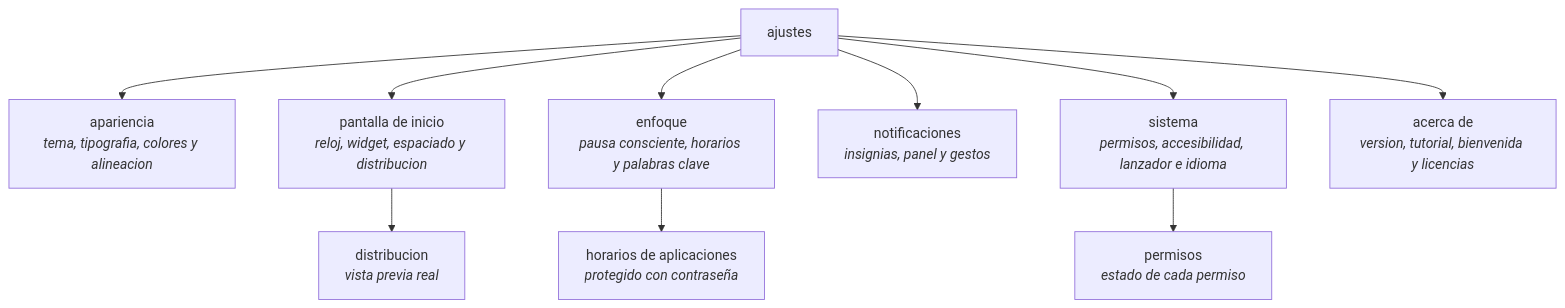
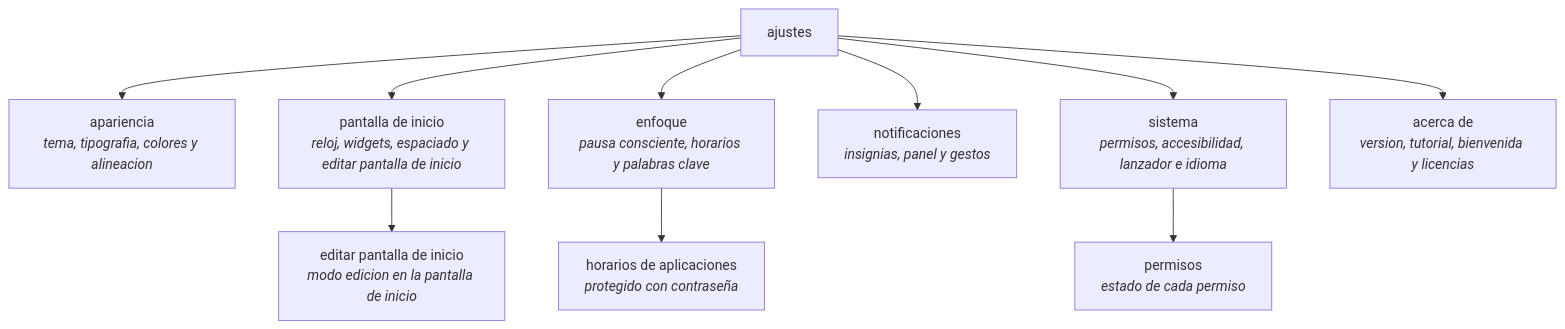
The diagram in documentation/es/usuarios/10-referencia-de-ajustes.md (rezzt-dev/focusphone-app), drawn with Mermaid before and after one commit. The commit also changed other lines of this file and 42 other files, not shown here.

````diff
--- a/documentation/es/usuarios/10-referencia-de-ajustes.md
+++ b/documentation/es/usuarios/10-referencia-de-ajustes.md
@@ -17,14 +17,14 @@
 ```mermaid
 flowchart TD
     S["ajustes"]
     S --> A["apariencia<br><i>tema, tipografia, colores y alineacion</i>"]
-    S --> B["pantalla de inicio<br><i>reloj, widget, espaciado y distribucion</i>"]
+    S --> B["pantalla de inicio<br><i>reloj, widgets, espaciado y editar pantalla de inicio</i>"]
     S --> C["enfoque<br><i>pausa consciente, horarios y palabras clave</i>"]
     S --> D["notificaciones<br><i>insignias, panel y gestos</i>"]
     S --> E["sistema<br><i>permisos, accesibilidad, lanzador e idioma</i>"]
     S --> F["acerca de<br><i>version, tutorial, bienvenida y licencias</i>"]
 
-    B --> B1["distribucion<br><i>vista previa real</i>"]
+    B --> B1["editar pantalla de inicio<br><i>modo edicion en la pantalla de inicio</i>"]
     C --> C1["horarios de aplicaciones<br><i>protegido con contraseña</i>"]
     E --> E1["permisos<br><i>estado de cada permiso</i>"]
 ```
````
